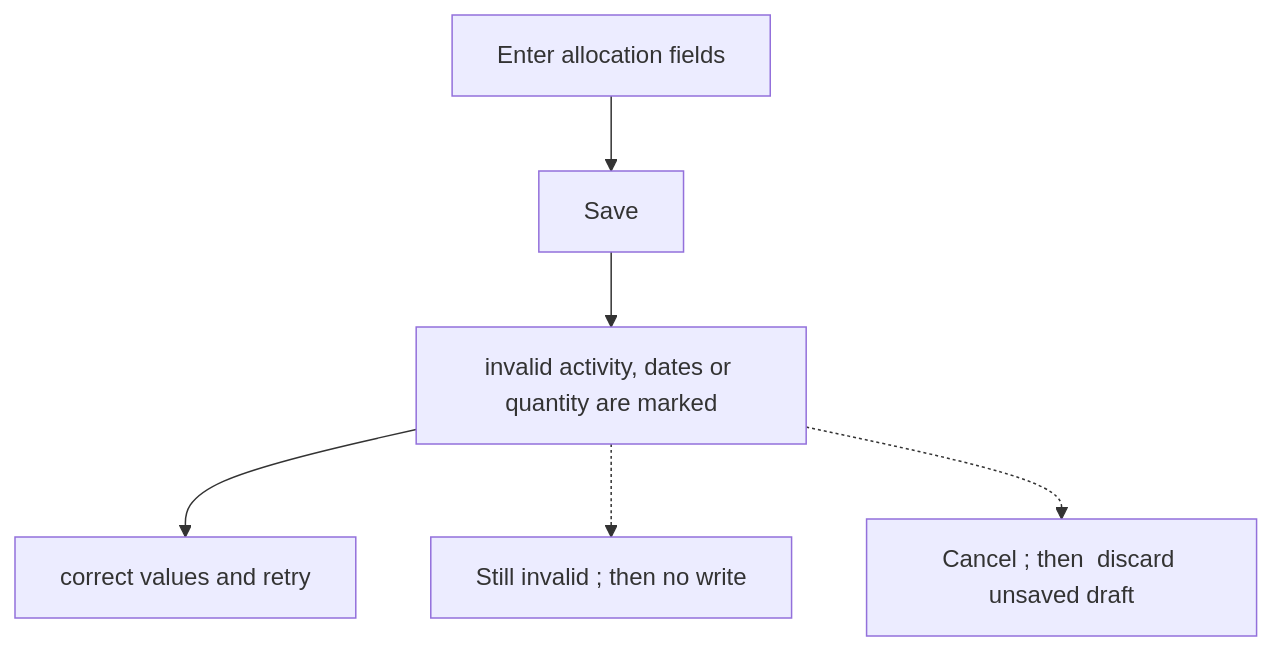
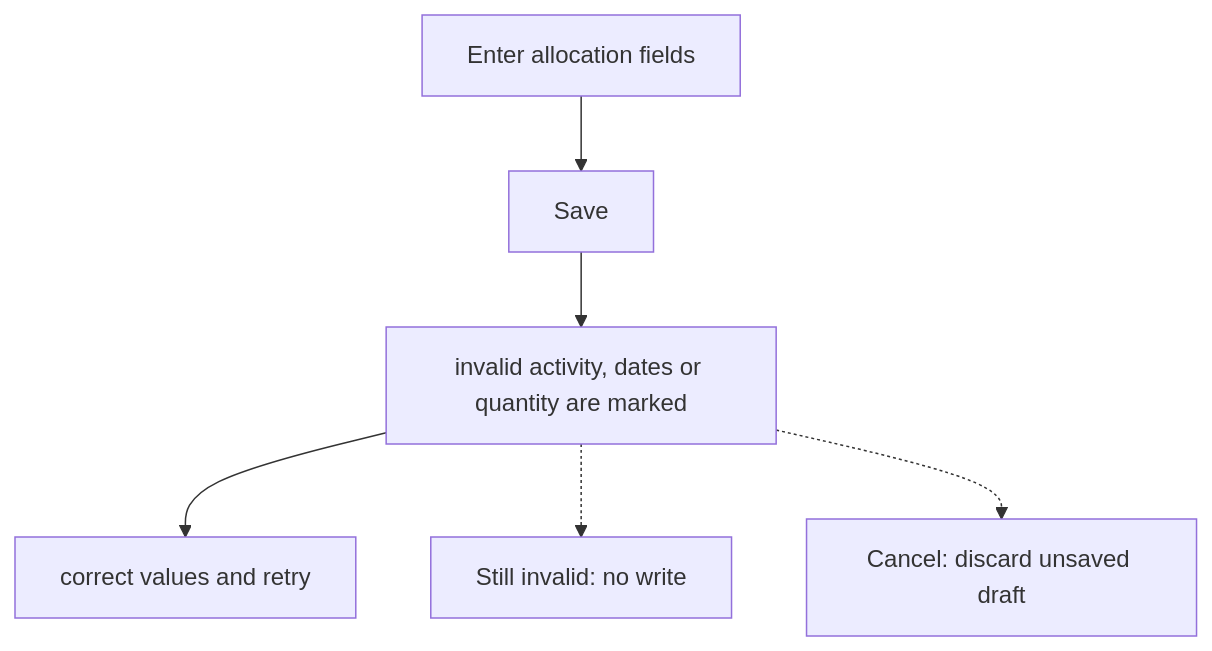
One commit to Kevinjohn/capacitylens changed the first of 2 diagrams in user-stories/allocation/US-ALL-08-validation.md. Above: the diagram before and after it, drawn with Mermaid. The commit also changed other lines of this file and 119 other files, not shown here.

First line of the commit message:
docs: correct story text and flow diagrams against current source

````diff
--- a/user-stories/allocation/US-ALL-08-validation.md
+++ b/user-stories/allocation/US-ALL-08-validation.md
@@ -27,14 +29,14 @@
 ```mermaid
 flowchart TD
   N1["Enter allocation fields"]
   N2["Save"]
   N3["invalid activity, dates or quantity are marked"]
   N4["correct values and retry"]
-  B1["Still invalid ; then  no write"]
-  B2["Cancel ; then  discard unsaved draft"]
+  B1["Still invalid: no write"]
+  B2["Cancel: discard unsaved draft"]
   N1 --> N2
   N2 --> N3
   N3 --> N4
   N3 -.-> B1
   N3 -.-> B2
 ```
````
